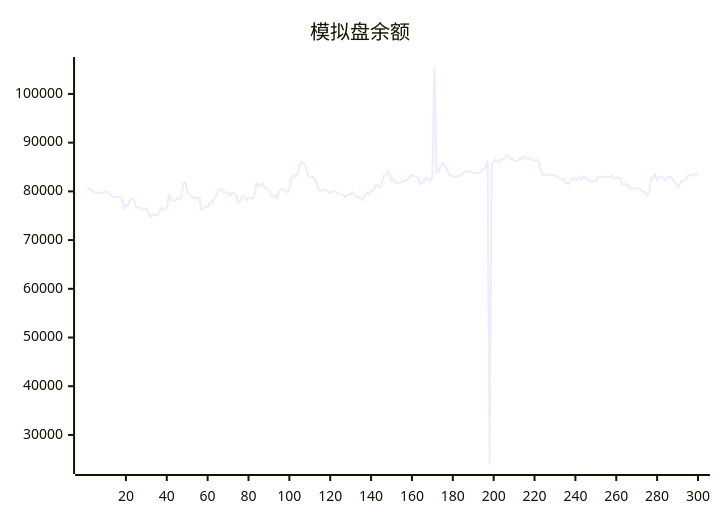
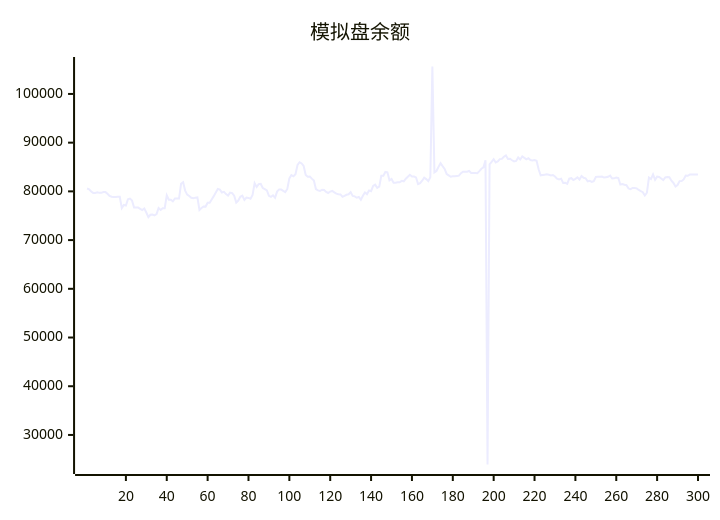
The diagram in README.md (aahl/ai-trading), drawn with Mermaid before and after one commit. The commit also changed other lines of this file and 1 other file, not shown here.

````diff
--- a/README.md
+++ b/README.md
@@ -5,5 +5,5 @@
 ```mermaid
 xychart
     title "模拟盘余额"
-    line [80314,80600,80436,79966,79689,79689,79819,79692,79692,79850,79850,79518,79071,78889,78850,78850,78878,78878,76554,77202,77103,78357,78510,78106,76678,76677,76672,76411,76159,76485,75656,74695,75197,75246,75052,75334,76564,76179,76553,76551,79196,78300,78300,77944,78531,78531,78521,81564,81884,80160,79335,79055,78675,78580,78708,78764,76179,76586,76902,76876,77658,77669,78346,79023,79769,80497,80366,79761,79896,79448,79126,79749,79658,79097,77695,78114,78888,79126,78249,78738,78653,78478,79271,81680,80923,81488,81527,80681,80455,80190,79084,78879,79193,78686,79954,80403,80374,80118,79848,80491,82665,83351,83098,83525,85430,85983,85737,85221,83378,83014,83043,82613,82216,80477,80208,80081,80348,80277,79894,79670,79965,80093,79786,79542,79406,79371,78893,79087,79304,79406,79841,79072,78978,78696,78846,78272,79085,79787,79442,80198,80031,81120,81379,80718,80985,83214,83212,83993,83921,82270,82547,81776,81776,81866,81866,82158,82061,82596,83000,83408,83041,83050,82858,81503,81691,82188,82812,82517,82092,82901,105633,83898,84180,85030,85781,85178,84604,83569,83298,83008,83093,83107,83175,83228,83729,84025,84017,84019,84177,83775,83762,83785,83738,84160,84639,84939,86370,23934,85548,86046,86599,85942,86161,86622,86664,87115,87369,86666,86685,86384,86152,86243,86969,86548,87164,86885,86566,86809,86427,86348,86417,86273,84538,83299,83369,83430,83490,83404,83270,83362,83056,82605,82459,82614,81734,81788,81551,82598,82702,82320,82580,82878,82426,83139,82778,82686,82056,82166,81963,82110,82951,82983,82984,83038,82838,82915,82998,83235,82642,82682,82858,82746,81396,81512,81362,81277,80600,80461,80699,80673,80616,80288,80038,79836,79142,79722,82837,82533,83480,82366,83032,82960,82654,82330,82883,82934,82901,82188,81728,81005,81298,82110,82135,82449,83264,83203,83440,83439,83440,83440]
+    line [80600,80436,79966,79689,79689,79819,79692,79692,79850,79850,79518,79071,78889,78850,78850,78878,78878,76554,77202,77103,78357,78510,78106,76678,76677,76672,76411,76159,76485,75656,74695,75197,75246,75052,75334,76564,76179,76553,76551,79196,78300,78300,77944,78531,78531,78521,81564,81884,80160,79335,79055,78675,78580,78708,78764,76179,76586,76902,76876,77658,77669,78346,79023,79769,80497,80366,79761,79896,79448,79126,79749,79658,79097,77695,78114,78888,79126,78249,78738,78653,78478,79271,81680,80923,81488,81527,80681,80455,80190,79084,78879,79193,78686,79954,80403,80374,80118,79848,80491,82665,83351,83098,83525,85430,85983,85737,85221,83378,83014,83043,82613,82216,80477,80208,80081,80348,80277,79894,79670,79965,80093,79786,79542,79406,79371,78893,79087,79304,79406,79841,79072,78978,78696,78846,78272,79085,79787,79442,80198,80031,81120,81379,80718,80985,83214,83212,83993,83921,82270,82547,81776,81776,81866,81866,82158,82061,82596,83000,83408,83041,83050,82858,81503,81691,82188,82812,82517,82092,82901,105633,83898,84180,85030,85781,85178,84604,83569,83298,83008,83093,83107,83175,83228,83729,84025,84017,84019,84177,83775,83762,83785,83738,84160,84639,84939,86370,23934,85548,86046,86599,85942,86161,86622,86664,87115,87369,86666,86685,86384,86152,86243,86969,86548,87164,86885,86566,86809,86427,86348,86417,86273,84538,83299,83369,83430,83490,83404,83270,83362,83056,82605,82459,82614,81734,81788,81551,82598,82702,82320,82580,82878,82426,83139,82778,82686,82056,82166,81963,82110,82951,82983,82984,83038,82838,82915,82998,83235,82642,82682,82858,82746,81396,81512,81362,81277,80600,80461,80699,80673,80616,80288,80038,79836,79142,79722,82837,82533,83480,82366,83032,82960,82654,82330,82883,82934,82901,82188,81728,81005,81298,82110,82135,82449,83264,83203,83440,83439,83440,83440,83446]
 ```
````
